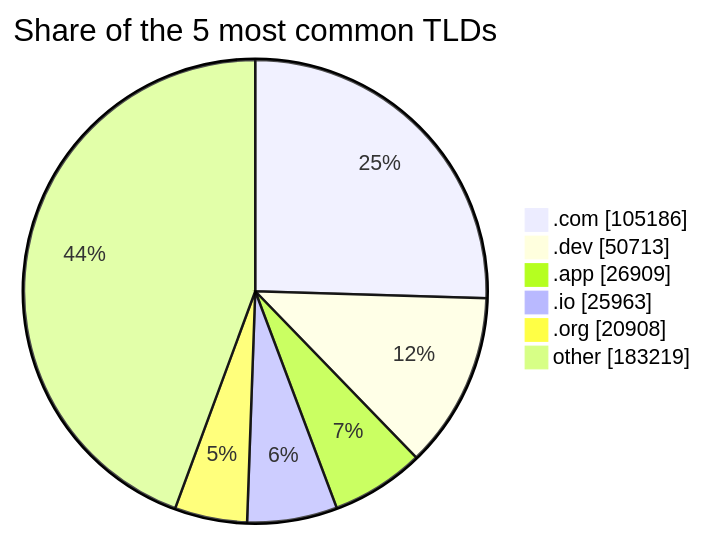
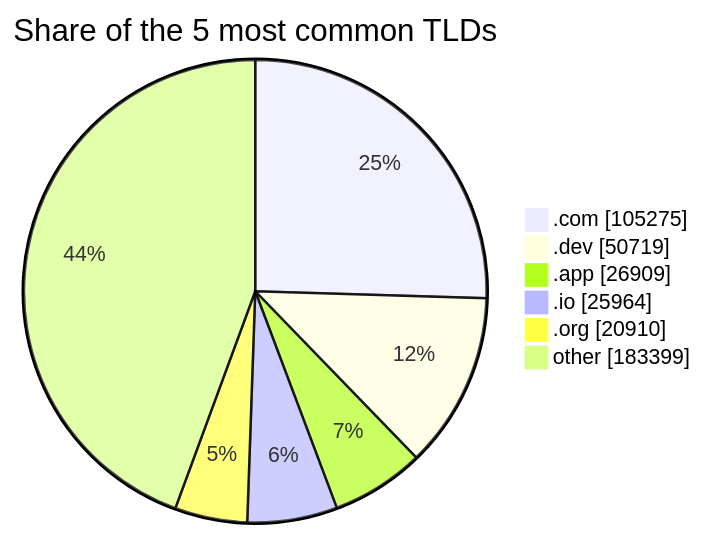
Before and after one commit to DNSBunker/CTI: the third of 3 diagrams in README.md, drawn with Mermaid. The commit also changed other lines of this file and 3 other files, not shown here.

````diff
--- a/README.md
+++ b/README.md
@@ -81,9 +81,9 @@
 ```mermaid
 pie showData title Share of the 5 most common TLDs
-    ".com" : 105186
-    ".dev" : 50713
+    ".com" : 105275
+    ".dev" : 50719
     ".app" : 26909
-    ".io" : 25963
-    ".org" : 20908
-    "other" : 183219
+    ".io" : 25964
+    ".org" : 20910
+    "other" : 183399
 ```
````
